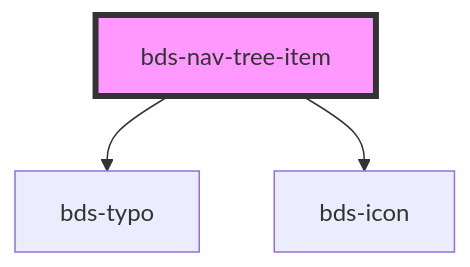
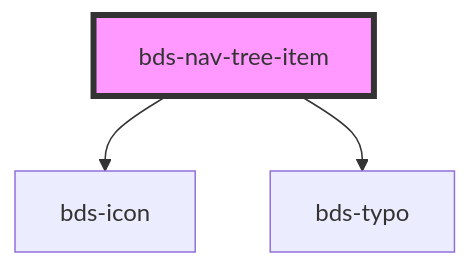
Before and after one commit to takenet/blip-ds: the diagram in src/components/nav-tree/readme.md, drawn with Mermaid. The commit also changed other lines of this file and 7 other files, not shown here.

Commit message:
feat(nav-tree): update component nav-tree

````diff
--- a/src/components/nav-tree/readme.md
+++ b/src/components/nav-tree/readme.md
@@ -45,6 +48,6 @@
 ```mermaid
 graph TD;
+  bds-nav-tree-item --> bds-icon
   bds-nav-tree-item --> bds-typo
-  bds-nav-tree-item --> bds-icon
   style bds-nav-tree-item fill:#f9f,stroke:#333,stroke-width:4px
 ```
````
